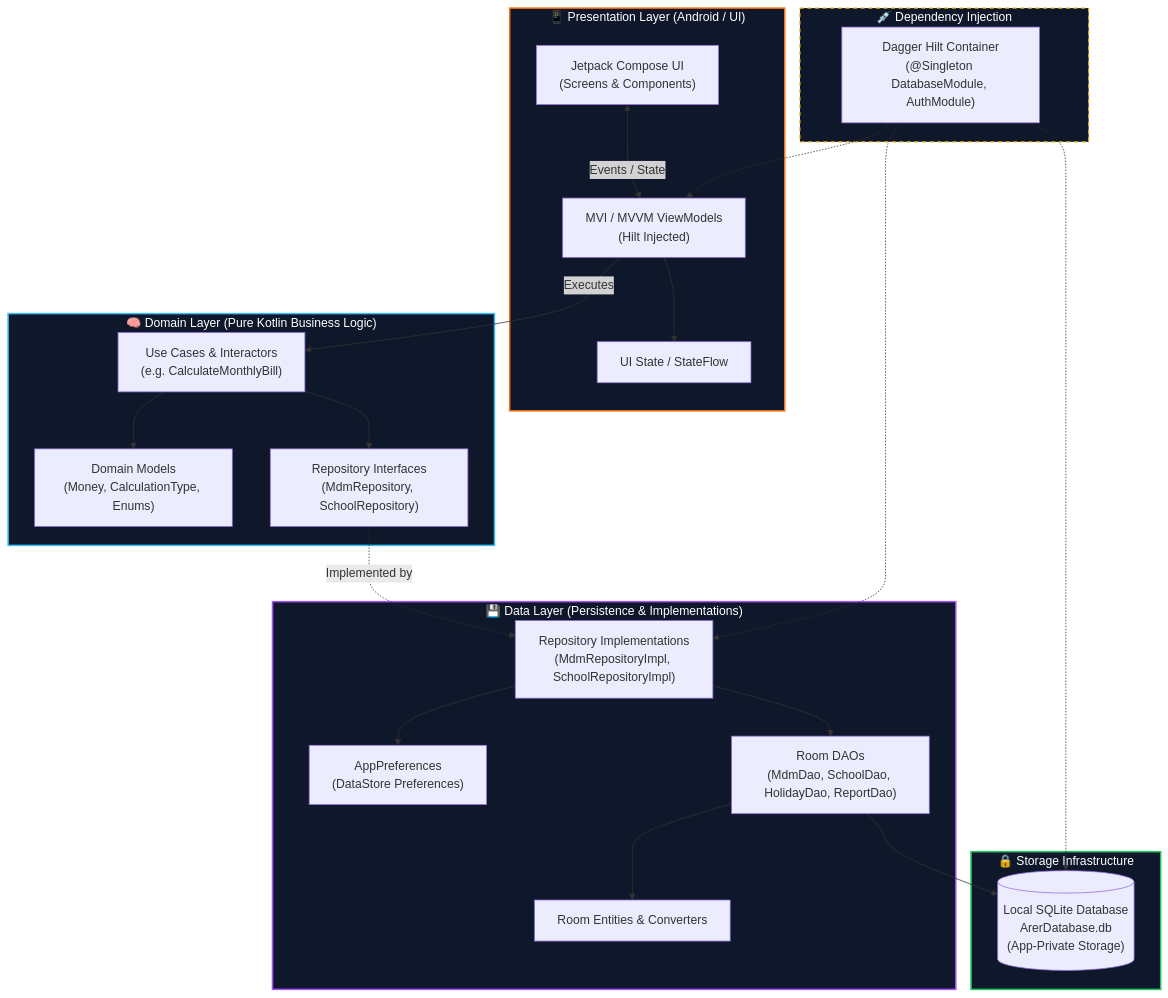
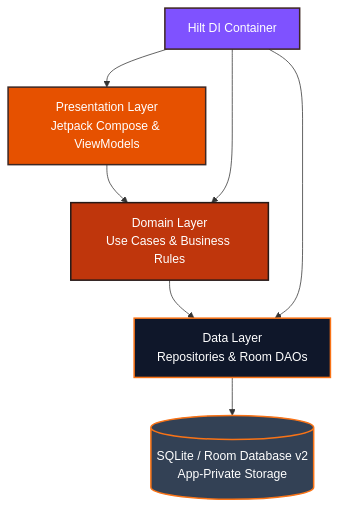
Before and after one commit to Tejzraj/ARER-APP: the second of 2 diagrams in README.md, drawn with Mermaid. The commit also changed other lines of this file, not shown here.

````diff
--- a/README.md
+++ b/README.md
@@ -370,49 +179,15 @@
 ```mermaid
 graph TD
-    subgraph Presentation["📱 Presentation Layer (Android / UI)"]
-        UI_Screen["Jetpack Compose UI<br>(Screens & Components)"]
-        UI_State["UI State / StateFlow"]
-        VM["MVI / MVVM ViewModels<br>(Hilt Injected)"]
-        UI_Screen <-->|Events / State| VM
-        VM --> UI_State
-    end
+    UI[Presentation Layer<br>Jetpack Compose & ViewModels] --> Domain[Domain Layer<br>Use Cases & Business Rules]
+    Domain --> Data[Data Layer<br>Repositories & Room DAOs]
+    Data --> DB[(SQLite / Room Database v2<br>App-Private Storage)]
+    Hilt[Hilt DI Container] --> UI
+    Hilt --> Domain
+    Hilt --> Data
 
-    subgraph Domain["🧠 Domain Layer (Pure Kotlin Business Logic)"]
-        UC["Use Cases & Interactors<br>(e.g. CalculateMonthlyBill)"]
-        Models["Domain Models<br>(Money, CalculationType, Enums)"]
-        RepoInterfaces["Repository Interfaces<br>(MdmRepository, SchoolRepository)"]
-        VM -->|Executes| UC
-        UC --> RepoInterfaces
-        UC --> Models
-    end
-
-    subgraph Data["💾 Data Layer (Persistence & Implementations)"]
-        RepoImpl["Repository Implementations<br>(MdmRepositoryImpl, SchoolRepositoryImpl)"]
-        Preferences["AppPreferences<br>(DataStore Preferences)"]
-        DAOs["Room DAOs<br>(MdmDao, SchoolDao, HolidayDao, ReportDao)"]
-        Entities["Room Entities & Converters"]
-        
-        RepoInterfaces -.->|Implemented by| RepoImpl
-        RepoImpl --> DAOs
-        RepoImpl --> Preferences
-        DAOs --> Entities
-    end
-
-    subgraph Infrastructure["🔒 Storage Infrastructure"]
-        SQLite[("Local SQLite Database<br>ArerDatabase.db<br>(App-Private Storage)")]
-        DAOs --> SQLite
-    end
-
-    subgraph DI["💉 Dependency Injection"]
-        Hilt["Dagger Hilt Container<br>(@Singleton DatabaseModule, AuthModule)"]
-        Hilt -.-> VM
-        Hilt -.-> RepoImpl
-        Hilt -.-> SQLite
-    end
-
-    style Presentation fill:#0F172A,stroke:#F97316,stroke-width:2px,color:#FFFFFF
-    style Domain fill:#0F172A,stroke:#38BDF8,stroke-width:2px,color:#FFFFFF
-    style Data fill:#0F172A,stroke:#A855F7,stroke-width:2px,color:#FFFFFF
-    style Infrastructure fill:#0F172A,stroke:#22C55E,stroke-width:2px,color:#FFFFFF
-    style DI fill:#0F172A,stroke:#EAB308,stroke-width:1.5px,stroke-dasharray: 5 5,color:#FFFFFF
+    style UI fill:#E65100,stroke:#3E2723,stroke-width:2px,color:#fff
+    style Domain fill:#BF360C,stroke:#261A18,stroke-width:2px,color:#fff
+    style Data fill:#0F172A,stroke:#F97316,stroke-width:2px,color:#fff
+    style DB fill:#334155,stroke:#F97316,stroke-width:2px,color:#fff
+    style Hilt fill:#7F52FF,stroke:#3E2723,stroke-width:2px,color:#fff
 ```
````
